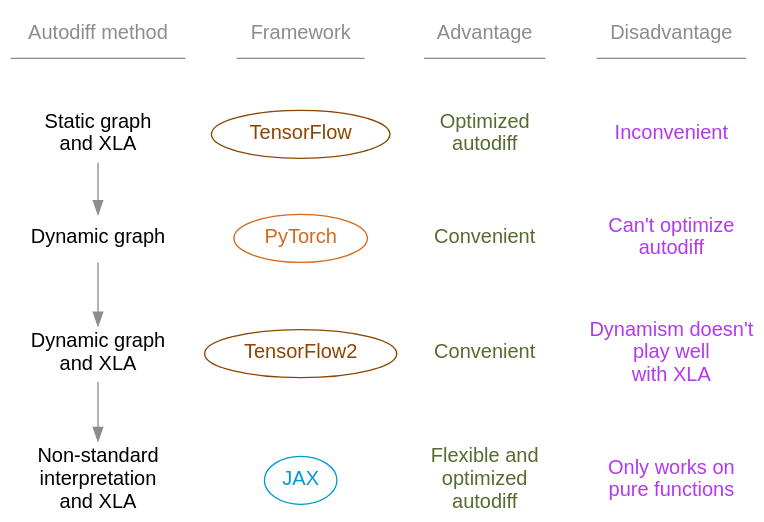
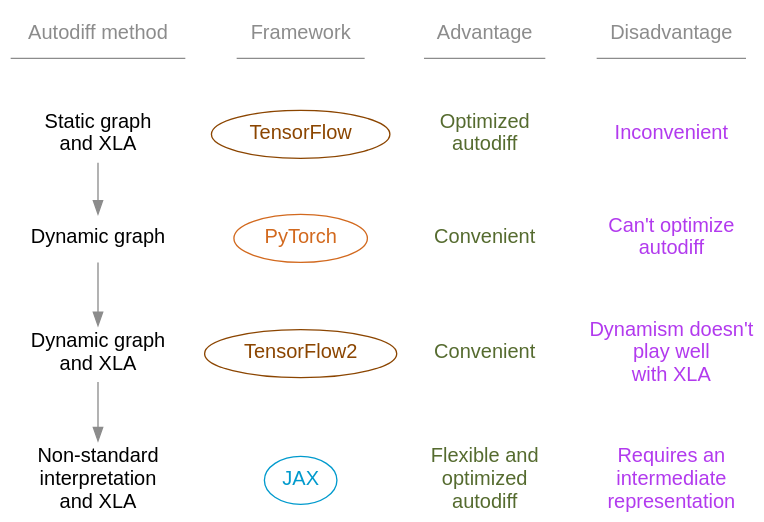
One commit to WestDRI/arc-training changed the diagram in ml/jx_why.qmd. Above: the diagram before and after it, drawn with Graphviz. The commit also changed other lines of this file, not shown here.

````diff
--- a/ml/jx_why.qmd
+++ b/ml/jx_why.qmd
@@ -42,54 +46,54 @@
 ```{dot}
 //| echo: false
 //| fig-height: 450px
 
 strict digraph {
   
 bgcolor="transparent"
 graph [fontname="Inconsolata, sans-serif"]
 node [fontname="Inconsolata, sans-serif", fontsize=15]
 
 01 [label="Autodiff method", shape=underline, group=g1, group=g1, fontcolor=gray55, color=gray55]
 1 [label="Static graph\nand XLA", shape=plaintext, group=g1, group=g1]
 2 [label="Dynamic graph", shape=plaintext, group=g1]
 4 [label="Dynamic graph\nand XLA", shape=plaintext, group=g1]
 5 [label="Non-standard\ninterpretation\nand XLA", shape=plaintext, group=g1]
 
 02 [label="Framework", shape=plaintext, group=g2, shape=underline, fontcolor=gray55, color=gray55]
 a [label="TensorFlow", shape=plaintext, group=g2, shape=oval, color=darkorange4, fontcolor=darkorange4]
 b [label="PyTorch", shape=plaintext, group=g2, shape=oval, color=chocolate, fontcolor=chocolate]
 d [label="TensorFlow2", shape=plaintext, group=g2, shape=oval, color=darkorange4, fontcolor=darkorange4]
 e [label="JAX", shape=plaintext, group=g2, shape=oval, color=deepskyblue3, fontcolor=deepskyblue3]
 
 03 [label=Advantage, shape=underline, group=g3, fontcolor=gray55, color=gray55]
 7 [label="Optimized\nautodiff", shape=plaintext, fontcolor=darkolivegreen, group=g3]
 8 [label="Convenient", shape=plaintext, fontcolor=darkolivegreen, group=g3]
 9 [label="Convenient", shape=plaintext, fontcolor=darkolivegreen, group=g3]
 10 [label="Flexible and\noptimized\nautodiff", shape=plaintext, fontcolor=darkolivegreen, group=g3]
 
 04 [label=Disadvantage, shape=underline, group=g4, fontcolor=gray55, color=gray55]
 A [label="Inconvenient", shape=plaintext, fontcolor=darkorchid2, group=g4]
 B [label="Can't optimize\nautodiff", shape=plaintext, fontcolor=darkorchid2, group=g4]
 D [label="Dynamism doesn't\nplay well\nwith XLA", shape=plaintext, fontcolor=darkorchid2, group=g4]
-E [label="Only works on\npure functions", shape=plaintext, fontcolor=darkorchid2, group=g4]
+E [label="Requires an\nintermediate\nrepresentation", shape=plaintext, fontcolor=darkorchid2, group=g4]
 
 {rank=same; 01 02 03 04}
 {rank=same; 1 a 7 A}
 {rank=same; 2 b 8 B}
 {rank=same; 4 d 9 D}
 {rank=same; 5 e 10 E}
 
 01 -> 02 -> 03 -> 04 [style=invis]
 1 -> a -> 7 -> A [style=invis]
 2 -> b -> 8 -> B [style=invis]
 4 -> d -> 9 -> D [style=invis]
 5 -> e -> 10 -> E [style=invis]
 
 01 -> 1 [style=invis]
 1 -> 2 -> 4 -> 5 [color=gray55]
 02 -> a -> b -> d -> e [style=invis]
 03 -> 7 -> 8 -> 9 -> 10 [style=invis]
 04 -> A -> B -> D -> E [style=invis]
 
 }
 ```
````
